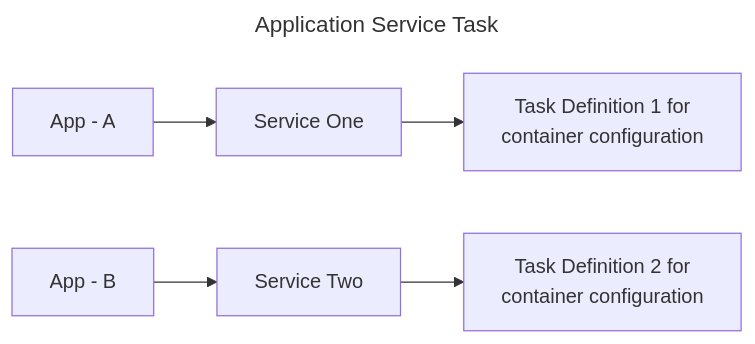
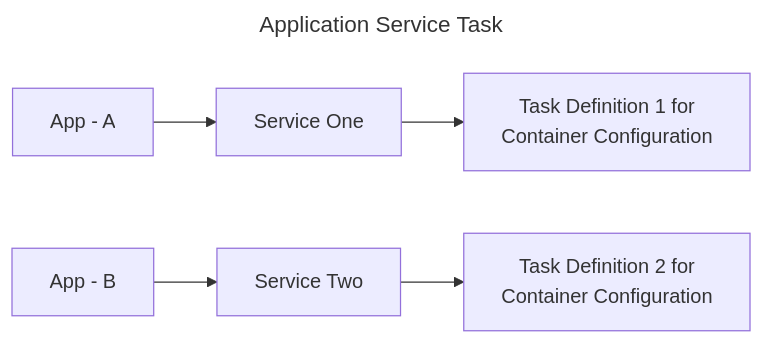
The third of 3 diagrams in README.md (nepalsingh/cloud-training), drawn with Mermaid before and after one commit. The commit also changed other lines of this file, not shown here.

Commit message:
Update flowchart

````diff
--- a/README.md
+++ b/README.md
@@ -764,15 +764,15 @@
 ```mermaid
 ---
 title: Application Service Task 
 ---
 flowchart LR
   app1["App - A"]
   app2["App - B"]
   service1[" Service One "]
   service2[" Service Two "]
-  taskdef1[" Task Definition 1 for <br /> container configuration"]
-  taskdef2[" Task Definition 2 for <br /> container configuration"]
+  taskdef1[" Task Definition 1 for <br /> Container Configuration"]
+  taskdef2[" Task Definition 2 for <br /> Container Configuration"]
   app1 --> service1 --> taskdef1
   app2 --> service2 --> taskdef2
 
 ```
````
